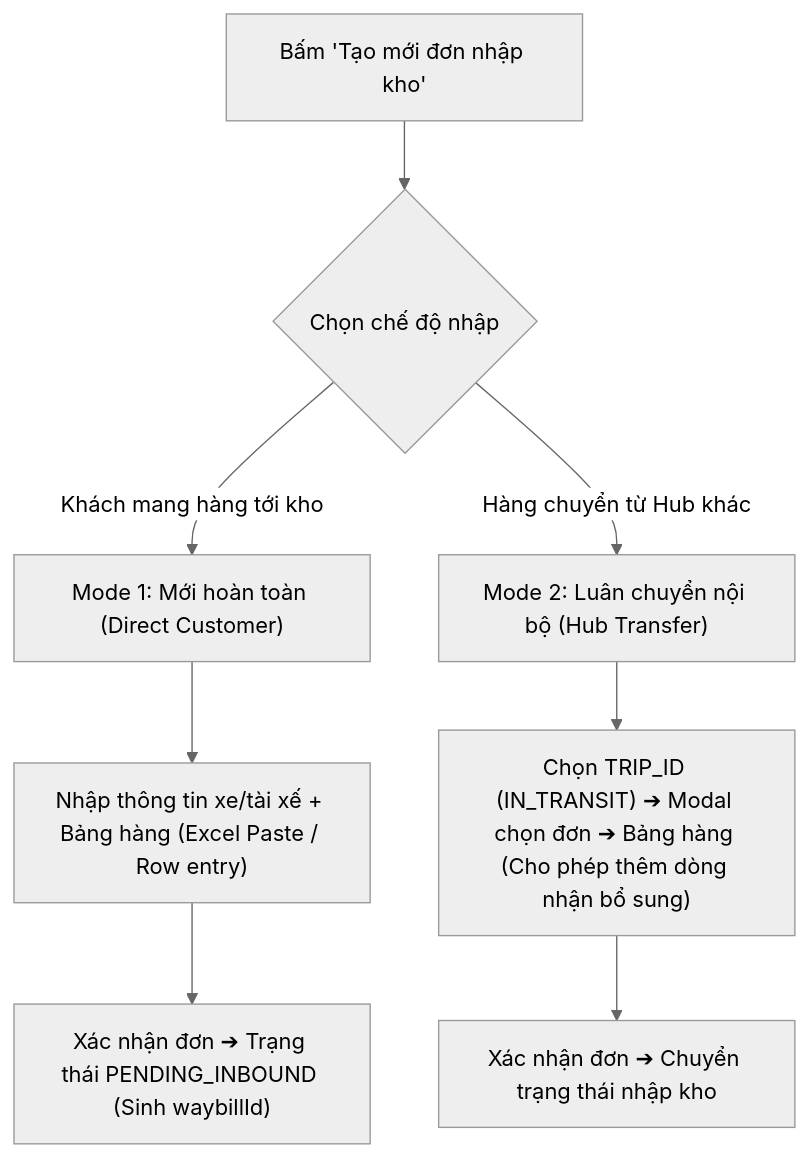
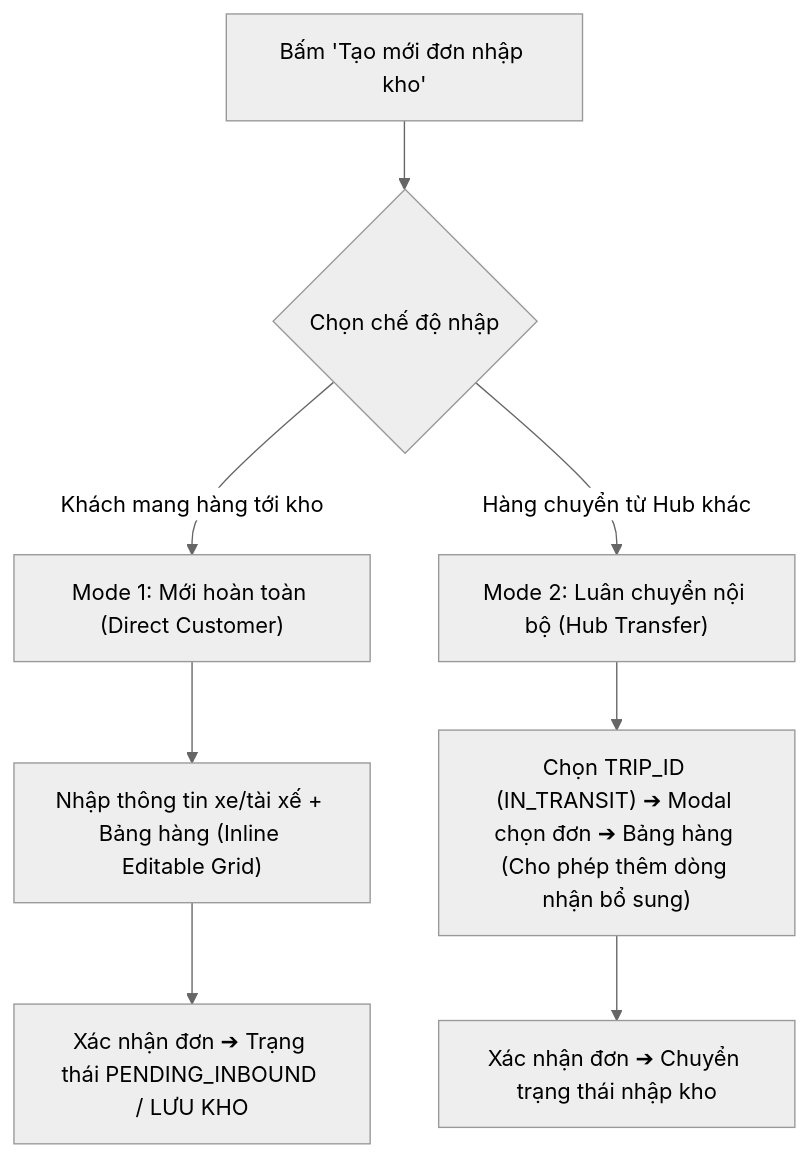
The first of 3 diagrams in Task_Warehouse_Design_UI.md (lyquangthai1993/logistics-website), drawn with Mermaid (neutral theme) before and after one commit. The commit also changed other lines of this file and 6 other files, not shown here.

````diff
--- a/Task_Warehouse_Design_UI.md
+++ b/Task_Warehouse_Design_UI.md
@@ -92,12 +98,12 @@
 ```mermaid
 graph TD
     CreateBtn["Bấm 'Tạo mới đơn nhập kho'"] --> SwitchMode{"Chọn chế độ nhập"}
     SwitchMode -->|Khách mang hàng tới kho| Mode1["Mode 1: Mới hoàn toàn (Direct Customer)"]
     SwitchMode -->|Hàng chuyển từ Hub khác| Mode2["Mode 2: Luân chuyển nội bộ (Hub Transfer)"]
     
-    Mode1 --> Form1["Nhập thông tin xe/tài xế + Bảng hàng (Excel Paste / Row entry)"]
+    Mode1 --> Form1["Nhập thông tin xe/tài xế + Bảng hàng (Inline Editable Grid)"]
     Mode2 --> Form2["Chọn TRIP_ID (IN_TRANSIT) ➔ Modal chọn đơn ➔ Bảng hàng (Cho phép thêm dòng nhận bổ sung)"]
     
-    Form1 --> Submit1["Xác nhận đơn ➔ Trạng thái PENDING_INBOUND (Sinh waybillId)"]
+    Form1 --> Submit1["Xác nhận đơn ➔ Trạng thái PENDING_INBOUND / LƯU KHO"]
     Form2 --> Submit2["Xác nhận đơn ➔ Chuyển trạng thái nhập kho"]
 ```
````
